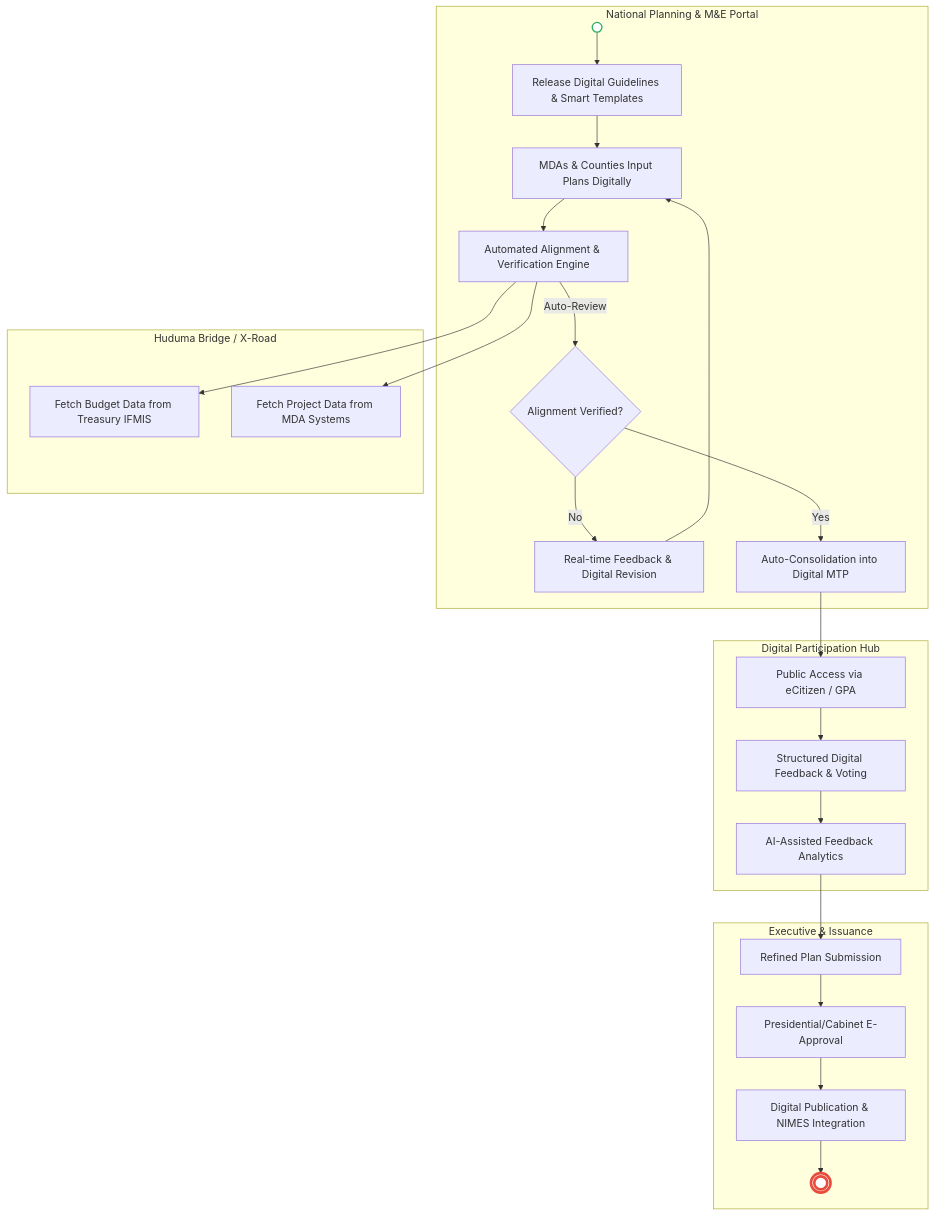
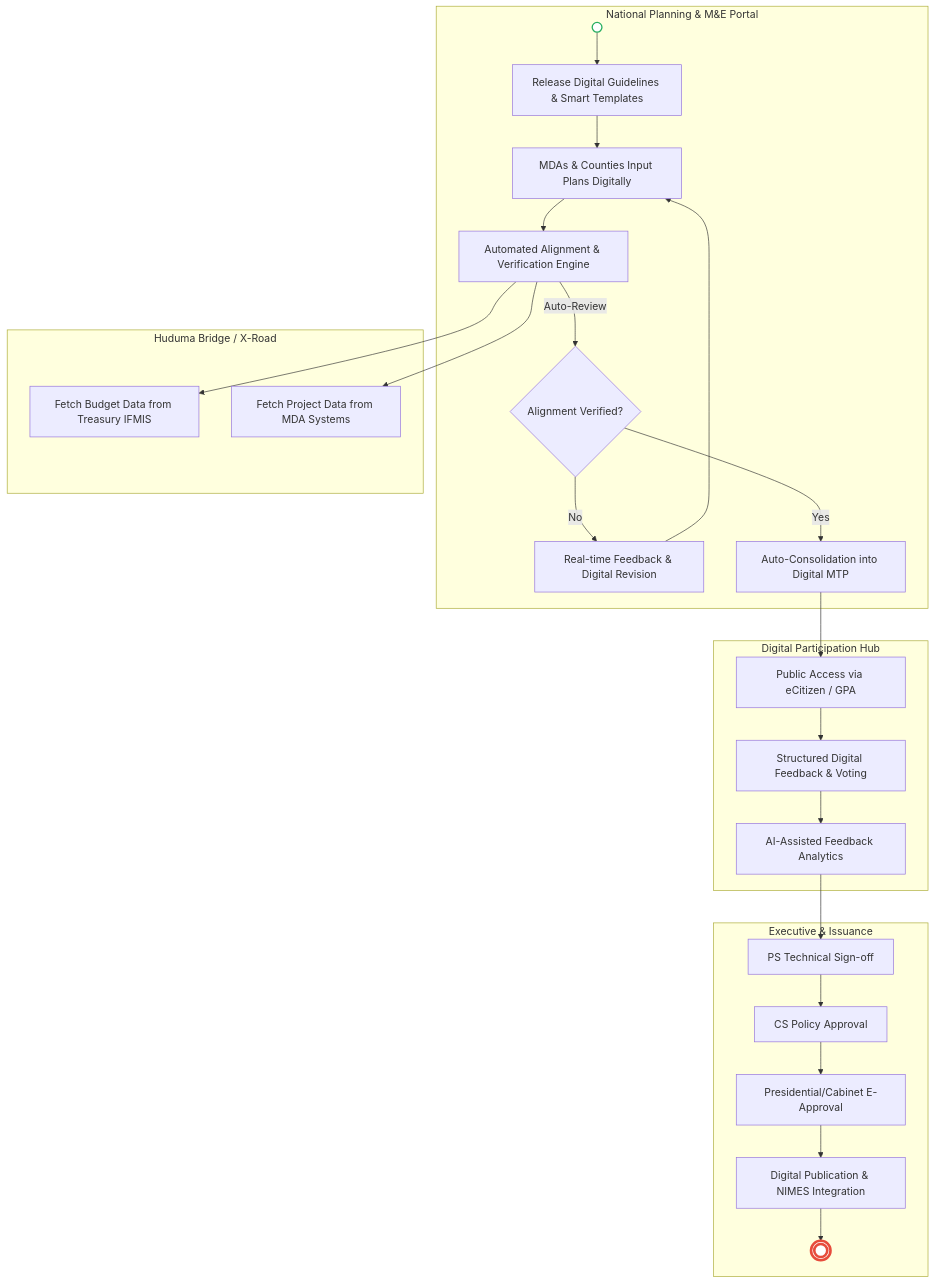
The second of 2 diagrams in mdas/docs_final/priority_mdas/State_Department_for_Economic_Planning___Service_Delivery.md (BITZ-IT-Consulting-LTD/ictapoc), drawn with Mermaid before and after one commit. The commit also changed other lines of this file, not shown here.

````diff
--- a/mdas/docs_final/priority_mdas/State_Department_for_Economic_Planning___Service_Delivery.md
+++ b/mdas/docs_final/priority_mdas/State_Department_for_Economic_Planning___Service_Delivery.md
@@ -115,33 +115,34 @@
 ```mermaid
 flowchart TD
     subgraph Portal["National Planning & M&E Portal"]
         Start(( )) --> T1[Release Digital Guidelines & Smart Templates]
         T1 --> T2[MDAs & Counties Input Plans Digitally]
         T2 --> T3[Automated Alignment & Verification Engine]
         T3 --> |Auto-Review| T4{Alignment Verified?}
         T4 -- No --> T5[Real-time Feedback & Digital Revision]
         T5 --> T2
         T4 -- Yes --> T6[Auto-Consolidation into Digital MTP]
     end
 
     subgraph Bridge["Huduma Bridge / X-Road"]
         T3 --> T3X[Fetch Budget Data from Treasury IFMIS]
         T3 --> T3Y[Fetch Project Data from MDA Systems]
     end
 
     subgraph Participation["Digital Participation Hub"]
         T6 --> P1[Public Access via eCitizen / GPA]
         P1 --> P2[Structured Digital Feedback & Voting]
         P2 --> P3[AI-Assisted Feedback Analytics]
     end
 
     subgraph Approval["Executive & Issuance"]
-        P3 --> A1[Refined Plan Submission]
+        P3 --> A0[PS Technical Sign-off]
+        A0 --> A1[CS Policy Approval]
         A1 --> A2[Presidential/Cabinet E-Approval]
         A2 --> A3[Digital Publication & NIMES Integration]
         A3 --> End((( )))
     end
 
     style Start fill:#fff,stroke:#27ae60,stroke-width:2px
     style End fill:#fff,stroke:#e74c3c,stroke-width:4px
 ```
````
